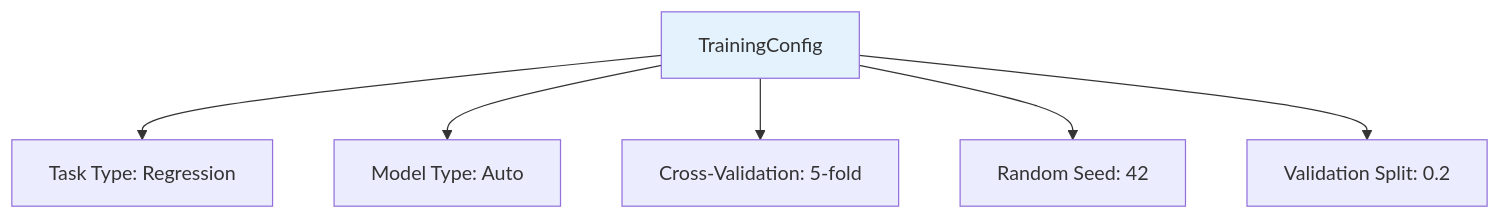
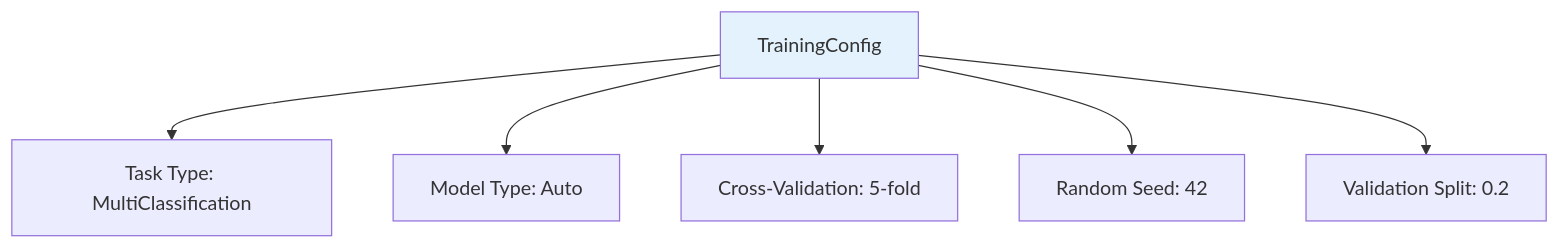
One commit to Evintkoo/2048-ml changed the fifth of 8 diagrams in plan/05-Model/02-Training/01-training-pipeline.md. Above: the diagram before and after it, drawn with Mermaid. The commit also changed other lines of this file and 14 other files, not shown here.

````diff
--- a/plan/05-Model/02-Training/01-training-pipeline.md
+++ b/plan/05-Model/02-Training/01-training-pipeline.md
@@ -83,11 +83,11 @@
 ```mermaid
 flowchart TB
     Config[TrainingConfig]
-    Config --> Task[Task Type: Regression]
+    Config --> Task[Task Type: MultiClassification]
     Config --> Model[Model Type: Auto]
     Config --> CV[Cross-Validation: 5-fold]
     Config --> Seed[Random Seed: 42]
     Config --> Split[Validation Split: 0.2]
     
     style Config fill:#e3f2fd
 ```
````
